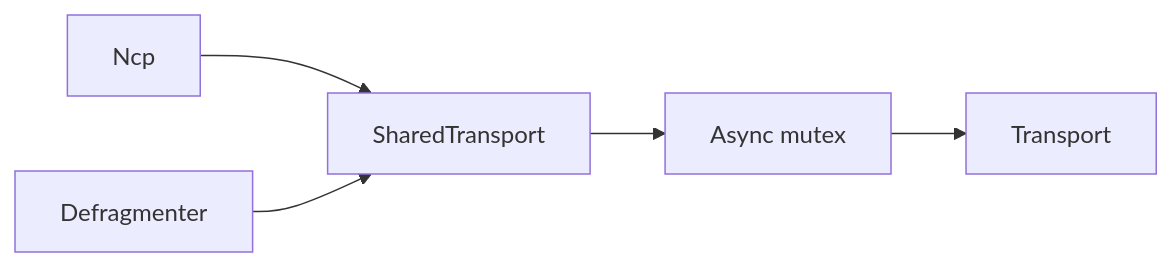
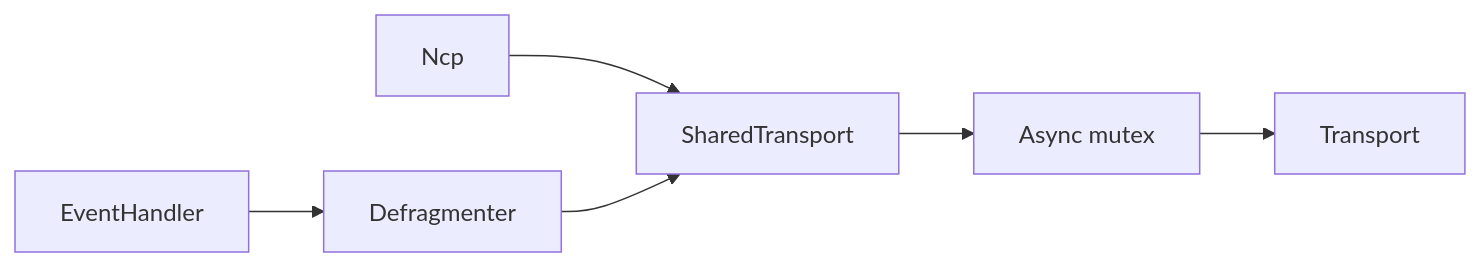
Before and after one commit to PaulmannLighting/ezsp: the second of 3 diagrams in ARCHITECTURE.md, drawn with Mermaid. The commit also changed other lines of this file and 9 other files, not shown here.

````diff
--- a/ARCHITECTURE.md
+++ b/ARCHITECTURE.md
@@ -97,7 +97,8 @@
 ```mermaid
 flowchart LR
     ncp[Ncp] --> shared[SharedTransport]
-    defragmenter[Defragmenter] --> shared
+    eventHandler[EventHandler] --> defragmenter[Defragmenter]
+    defragmenter --> shared
     shared --> mutex[Async mutex]
     mutex --> transport[Transport]
 ```
````
